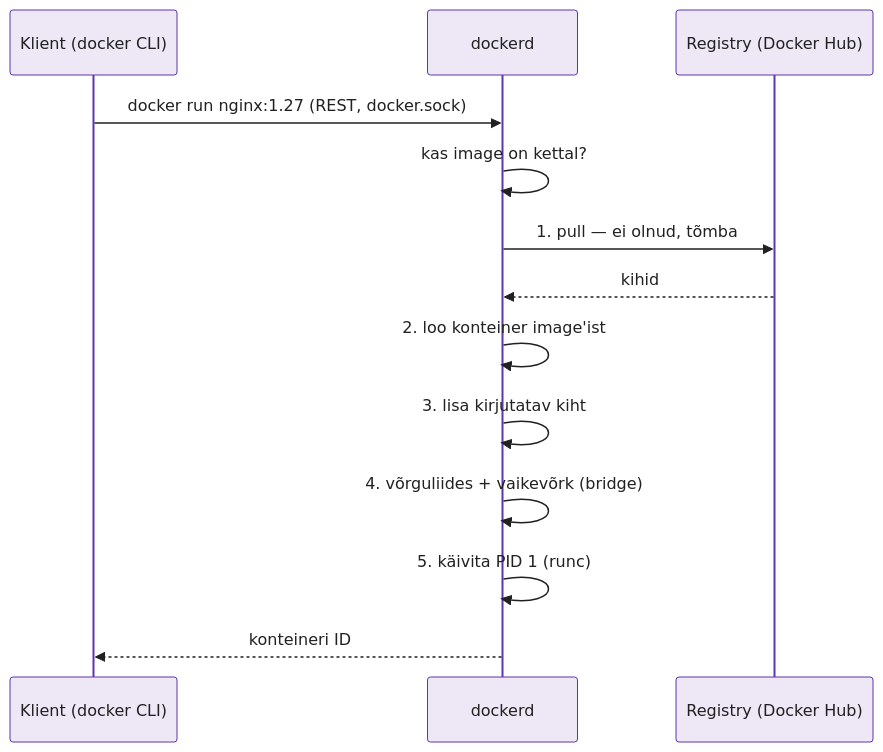
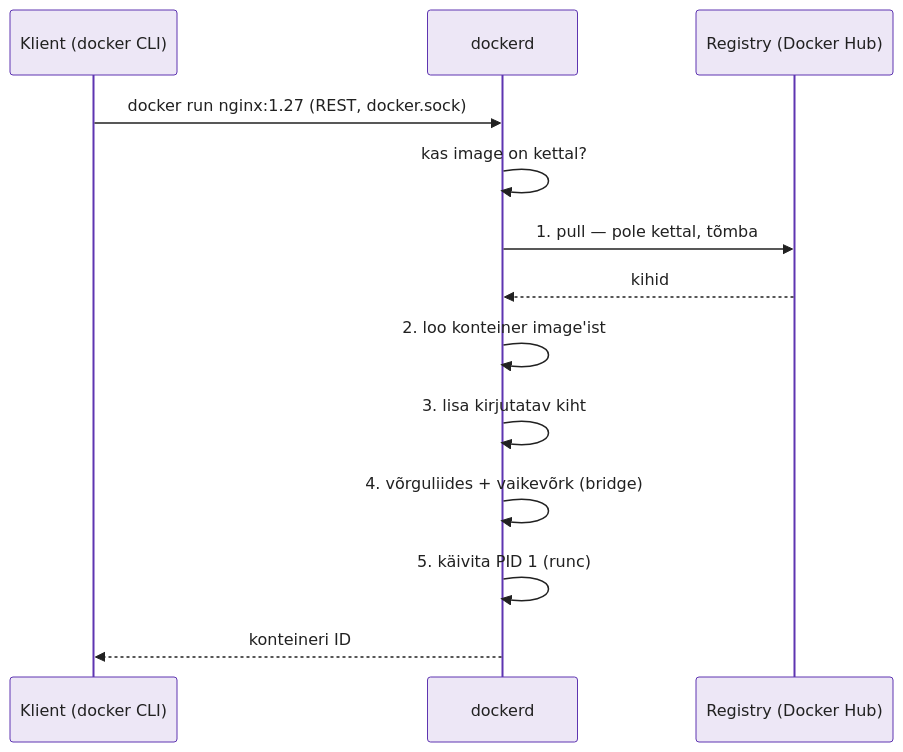
One commit to hkhk-automation/devops changed the second of 5 diagrams in docs/week05/lecture.md. Above: the diagram before and after it, drawn with Mermaid. The commit also changed other lines of this file and 7 other files, not shown here.

````diff
--- a/docs/week05/lecture.md
+++ b/docs/week05/lecture.md
@@ -133,16 +133,16 @@
 ```mermaid
 %%{init: {'theme':'base','themeVariables':{'primaryColor':'#ede7f6','primaryBorderColor':'#5e35b1','primaryTextColor':'#212121','lineColor':'#7e57c2'}}}%%
 sequenceDiagram
     participant K as Klient (docker CLI)
     participant D as dockerd
     participant R as Registry (Docker Hub)
     K->>D: docker run nginx:1.27 (REST, docker.sock)
     D->>D: kas image on kettal?
-    D->>R: 1. pull — ei olnud, tõmba
+    D->>R: 1. pull — pole kettal, tõmba
     R-->>D: kihid
     D->>D: 2. loo konteiner image'ist
     D->>D: 3. lisa kirjutatav kiht
     D->>D: 4. võrguliides + vaikevõrk (bridge)
     D->>D: 5. käivita PID 1 (runc)
     D-->>K: konteineri ID
 ```
````
